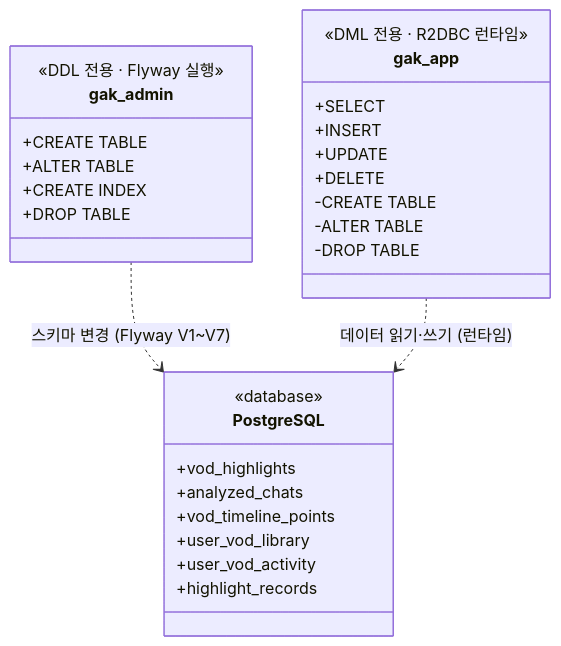
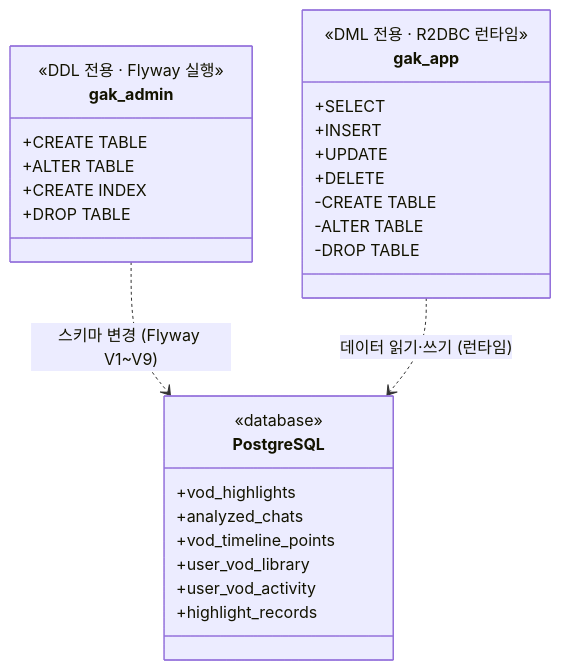
One commit to oneul0/Project-neul changed the tenth of 25 diagrams in docs/design/30_system_reliability.md. Above: the diagram before and after it, drawn with Mermaid. The commit also changed other lines of this file, not shown here.

````diff
--- a/docs/design/30_system_reliability.md
+++ b/docs/design/30_system_reliability.md
@@ -328,34 +336,34 @@
 ```mermaid
 classDiagram
     class gak_admin {
         <<DDL 전용 · Flyway 실행>>
         +CREATE TABLE
         +ALTER TABLE
         +CREATE INDEX
         +DROP TABLE
     }
 
     class gak_app {
         <<DML 전용 · R2DBC 런타임>>
         +SELECT
         +INSERT
         +UPDATE
         +DELETE
         -CREATE TABLE
         -ALTER TABLE
         -DROP TABLE
     }
 
     class PostgreSQL {
         <<database>>
         +vod_highlights
         +analyzed_chats
         +vod_timeline_points
         +user_vod_library
         +user_vod_activity
         +highlight_records
     }
 
-    gak_admin ..> PostgreSQL : 스키마 변경 (Flyway V1~V7)
+    gak_admin ..> PostgreSQL : 스키마 변경 (Flyway V1~V9)
     gak_app ..> PostgreSQL : 데이터 읽기·쓰기 (런타임)
 ```
````
